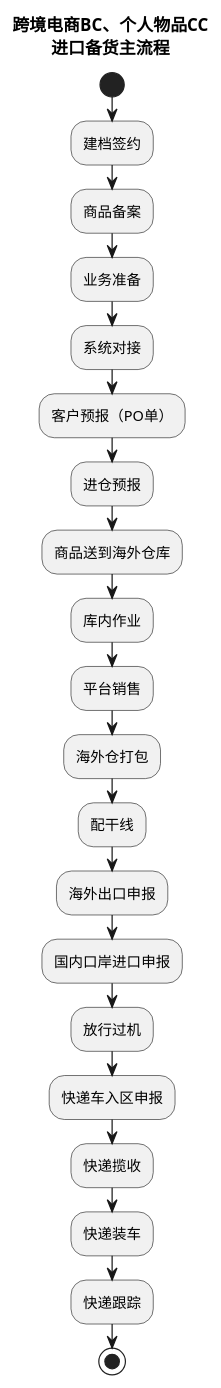
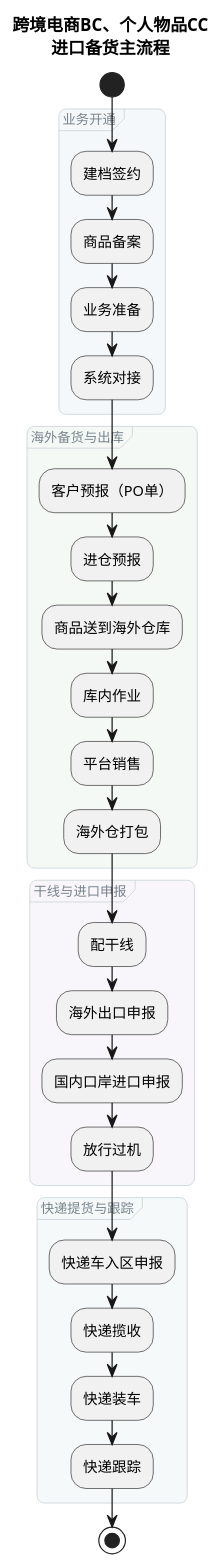
The fifth of 7 diagrams in product-caliber/goldjet/segmented-prd/mainflow/PRD.高捷物流系统一期.主流程.01.业务模式主流程总览.md (jack888332/projects-doc), drawn with PlantUML before and after one commit. The commit also changed other lines of this file and 16 other files, not shown here.

Commit message:
给DSL图分组

````diff
--- a/product-caliber/goldjet/segmented-prd/mainflow/PRD.高捷物流系统一期.主流程.01.业务模式主流程总览.md
+++ b/product-caliber/goldjet/segmented-prd/mainflow/PRD.高捷物流系统一期.主流程.01.业务模式主流程总览.md
@@ -125,26 +125,46 @@
 ```plantuml
 @startuml
 skinparam activityDiamondBackgroundColor #FFF4CC
+<style>
+activityDiagram {
+  group {
+    LineColor #CAD5DA
+    LineThickness 0.7
+    RoundCorner 12
+    FontColor #78848D
+    FontSize 11
+    FontStyle plain
+  }
+}
+</style>
 title 跨境电商BC、个人物品CC\n进口备货主流程
 start
+group 业务开通 #F4F8FA {
 :建档签约;
 :商品备案;
 :业务准备;
 :系统对接;
+}
+group 海外备货与出库 #F5F9F6 {
 :客户预报（PO单）;
 :进仓预报;
 :商品送到海外仓库;
 :库内作业;
 :平台销售;
 :海外仓打包;
+}
+group 干线与进口申报 #F8F6FA {
 :配干线;
 :海外出口申报;
 :国内口岸进口申报;
 :放行过机;
+}
+group 快递提货与跟踪 #F5F9FA {
 :快递车入区申报;
 :快递揽收;
 :快递装车;
 :快递跟踪;
+}
 stop
 @enduml
 ```
````
